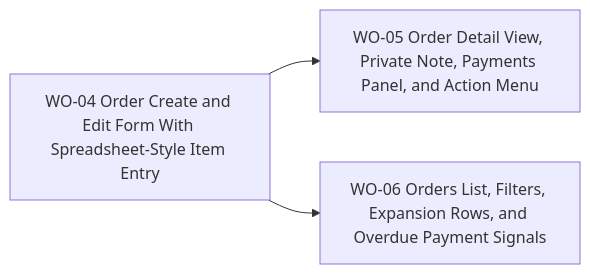
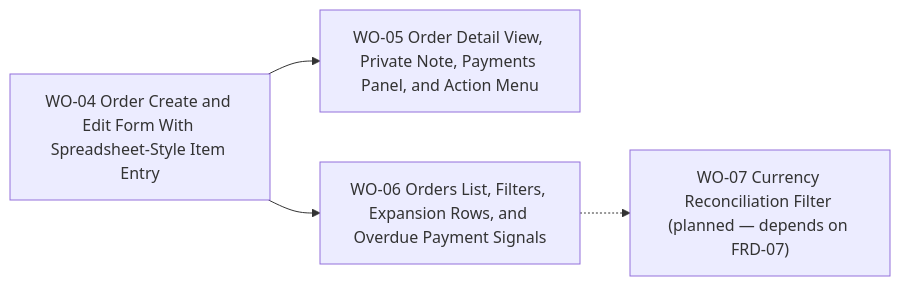
Before and after one commit to MineiToshio/PandaTrack: the diagram in docs/product/prd-01-collector-mvp/frd-05-order-payment-shipment/bp-02-order-workspace-and-list-experience/bp-02-order-workspace-and-list-experience.md, drawn with Mermaid. The commit also changed other lines of this file and 3 other files, not shown here.

````diff
--- a/docs/product/prd-01-collector-mvp/frd-05-order-payment-shipment/bp-02-order-workspace-and-list-experience/bp-02-order-workspace-and-list-experience.md
+++ b/docs/product/prd-01-collector-mvp/frd-05-order-payment-shipment/bp-02-order-workspace-and-list-experience/bp-02-order-workspace-and-list-experience.md
@@ -90,9 +92,11 @@
 ```mermaid
 flowchart LR
   WO04["WO-04 Order Create and Edit Form With Spreadsheet-Style Item Entry"]
   WO05["WO-05 Order Detail View, Private Note, Payments Panel, and Action Menu"]
   WO06["WO-06 Orders List, Filters, Expansion Rows, and Overdue Payment Signals"]
+  WO07["WO-07 Currency Reconciliation Filter (planned — depends on FRD-07)"]
 
   WO04 --> WO05
   WO04 --> WO06
+  WO06 -.-> WO07
 ```
````
